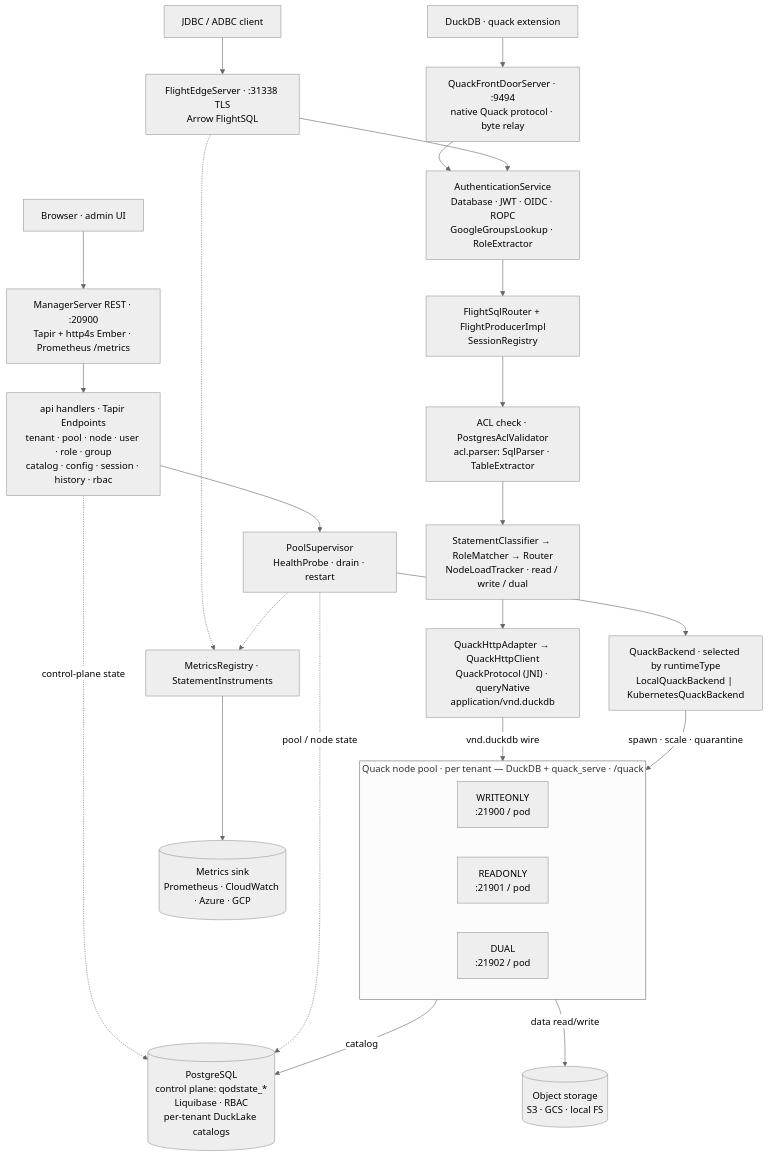
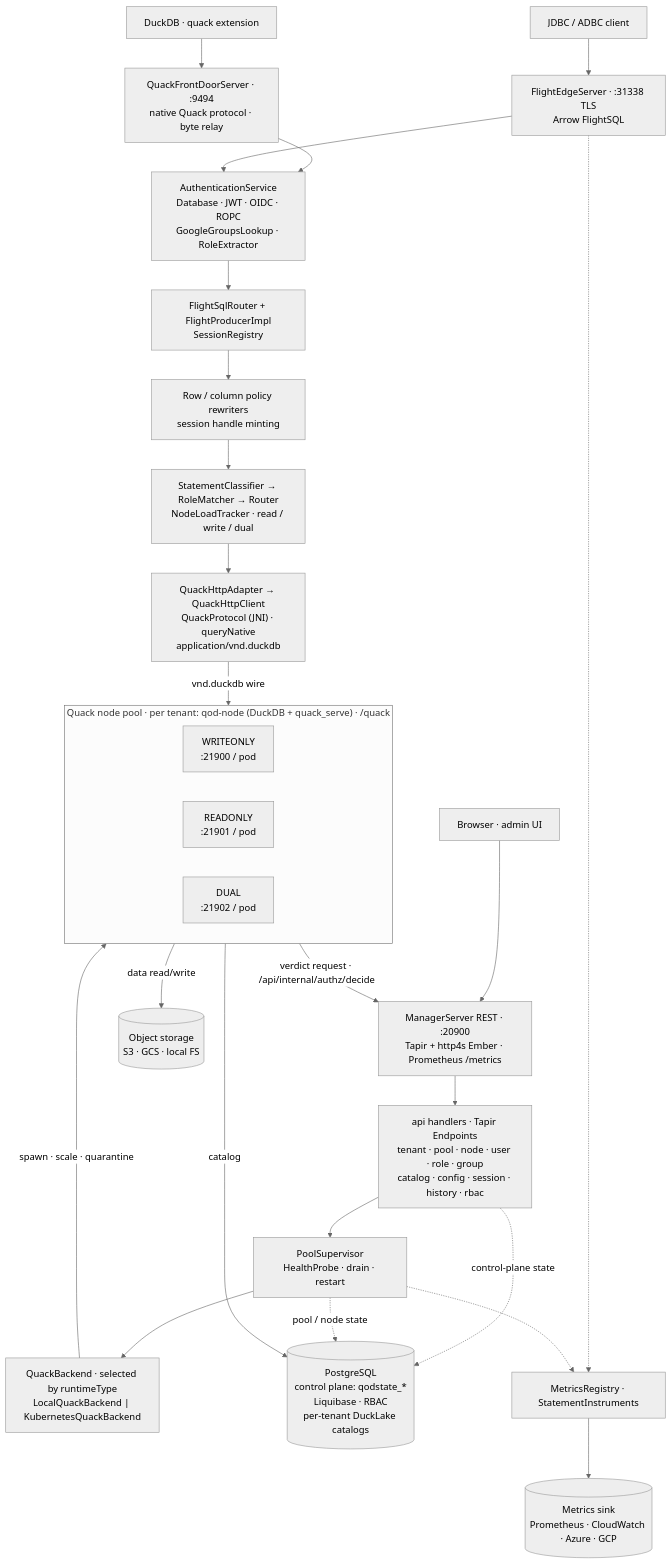
The diagram in qod/concepts/architecture.md (starlake-ai/starlake-docs), drawn with Mermaid (neutral theme) before and after one commit. The commit also changed other lines of this file and 17 other files, not shown here.

First line of the commit message:
docs(qod): 0.11.0 authorization model: every statement decided on the node

````diff
--- a/qod/concepts/architecture.md
+++ b/qod/concepts/architecture.md
@@ -46,58 +47,59 @@
 ```mermaid
 flowchart TD
     C1["JDBC / ADBC client"]
     C2["Browser · admin UI"]
     C3["DuckDB · quack extension"]
 
     EDGE["FlightEdgeServer · :31338 TLS<br/>Arrow FlightSQL"]
     QUACK["QuackFrontDoorServer · :9494<br/>native Quack protocol · byte relay"]
     REST["ManagerServer REST · :20900<br/>Tapir + http4s Ember · Prometheus /metrics"]
 
     C1 --> EDGE
     C3 --> QUACK
     C2 --> REST
     QUACK --> AUTH
 
     %% --- edge data-plane pipeline (native only) ---
     AUTH["AuthenticationService<br/>Database · JWT · OIDC · ROPC<br/>GoogleGroupsLookup · RoleExtractor"]
     FSR["FlightSqlRouter + FlightProducerImpl<br/>SessionRegistry"]
-    ACL["ACL check · PostgresAclValidator<br/>acl.parser: SqlParser · TableExtractor"]
+    POL["Row / column policy rewriters<br/>session handle minting"]
     ROUTE["StatementClassifier → RoleMatcher → Router<br/>NodeLoadTracker · read / write / dual"]
     WIRE["QuackHttpAdapter → QuackHttpClient<br/>QuackProtocol (JNI) · queryNative<br/>application/vnd.duckdb"]
 
-    EDGE --> AUTH --> FSR --> ACL --> ROUTE --> WIRE
+    EDGE --> AUTH --> FSR --> POL --> ROUTE --> WIRE
 
     %% --- manager control plane ---
     API["api handlers · Tapir Endpoints<br/>tenant · pool · node · user · role · group<br/>catalog · config · session · history · rbac"]
     SUP["PoolSupervisor<br/>HealthProbe · drain · restart"]
     BK["QuackBackend · selected by runtimeType<br/>LocalQuackBackend | KubernetesQuackBackend"]
 
     REST --> API --> SUP --> BK
 
     %% --- node pool ---
-    subgraph POOL["Quack node pool · per tenant — DuckDB + quack_serve · /quack"]
+    subgraph POOL["Quack node pool · per tenant: qod-node (DuckDB + quack_serve) · /quack"]
         direction LR
         WO["WRITEONLY<br/>:21900 / pod"]
         RO["READONLY<br/>:21901 / pod"]
         DU["DUAL<br/>:21902 / pod"]
     end
 
     WIRE -->|"vnd.duckdb wire"| POOL
+    POOL -->|"verdict request · /api/internal/authz/decide"| REST
     BK -->|"spawn · scale · quarantine"| POOL
 
     %% --- persistence ---
     PG[("PostgreSQL<br/>control plane: qodstate_*<br/>Liquibase · RBAC<br/>per-tenant DuckLake catalogs")]
     OBJ[("Object storage<br/>S3 · GCS · local FS")]
 
     API -.->|control-plane state| PG
     SUP -.->|pool / node state| PG
     POOL -->|catalog| PG
     POOL -->|data read/write| OBJ
 
     %% --- observability ---
     MET["MetricsRegistry · StatementInstruments"]
     SINK[("Metrics sink<br/>Prometheus · CloudWatch · Azure · GCP")]
     EDGE -.-> MET
     SUP -.-> MET
     MET --> SINK
 ```
````
